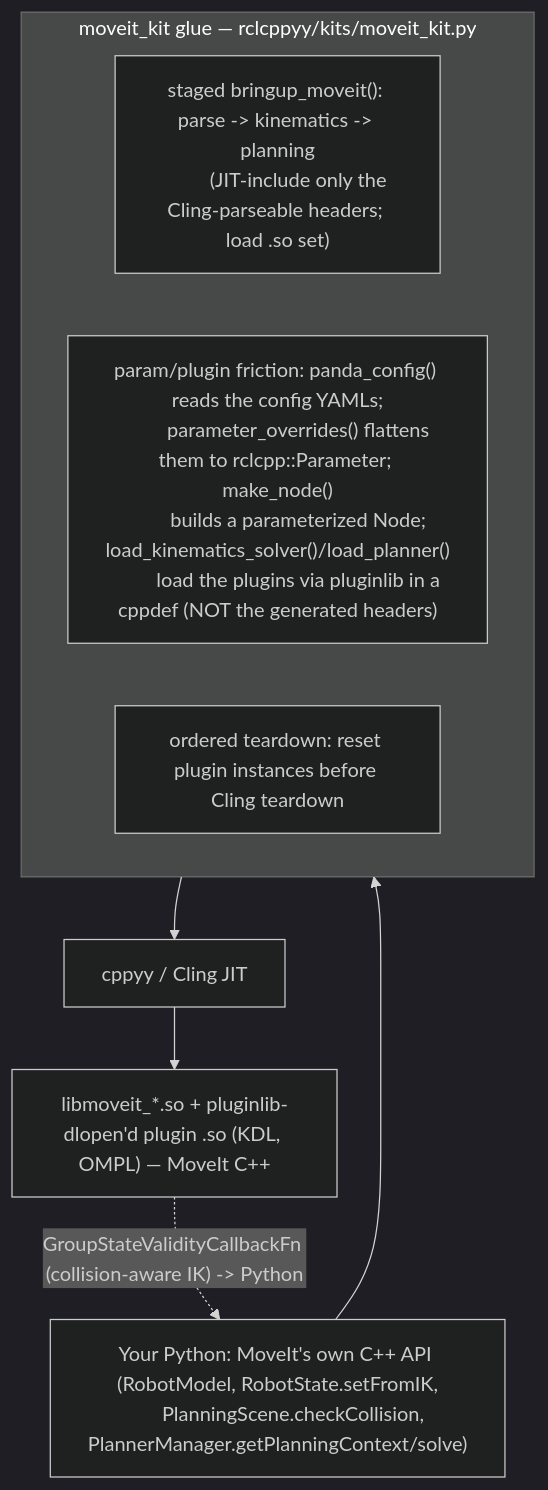
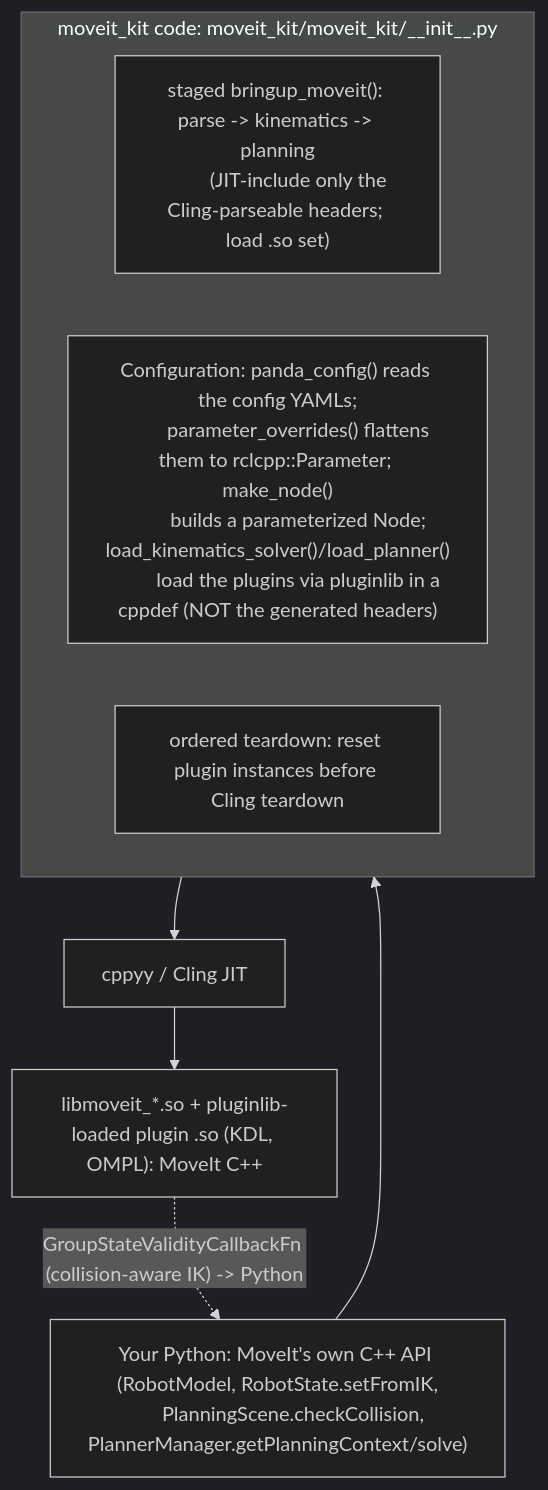
One commit to awesomebytes/cppyy_kit changed the diagram in moveit_kit/REPORT.md. Above: the diagram before and after it, drawn with Mermaid (dark theme). The commit also changed other lines of this file and 259 other files, not shown here.

````diff
--- a/moveit_kit/REPORT.md
+++ b/moveit_kit/REPORT.md
@@ -29,18 +29,18 @@
 ```mermaid
 flowchart TD
     U["Your Python: MoveIt's own C++ API (RobotModel, RobotState.setFromIK,
        PlanningScene.checkCollision, PlannerManager.getPlanningContext/solve)"]
-    subgraph KIT["moveit_kit glue — rclcppyy/kits/moveit_kit.py"]
+    subgraph KIT["moveit_kit code: moveit_kit/moveit_kit/__init__.py"]
       B["staged bringup_moveit(): parse -> kinematics -> planning
          (JIT-include only the Cling-parseable headers; load .so set)"]
-      P["param/plugin friction: panda_config() reads the config YAMLs;
+      P["Configuration: panda_config() reads the config YAMLs;
          parameter_overrides() flattens them to rclcpp::Parameter; make_node()
          builds a parameterized Node; load_kinematics_solver()/load_planner()
          load the plugins via pluginlib in a cppdef (NOT the generated headers)"]
       T["ordered teardown: reset plugin instances before Cling teardown"]
     end
     J["cppyy / Cling JIT"]
-    E["libmoveit_*.so + pluginlib-dlopen'd plugin .so (KDL, OMPL) — MoveIt C++"]
+    E["libmoveit_*.so + pluginlib-loaded plugin .so (KDL, OMPL): MoveIt C++"]
     U --> KIT --> J --> E
     E -. "GroupStateValidityCallbackFn (collision-aware IK) -> Python" .-> U
 ```
````
